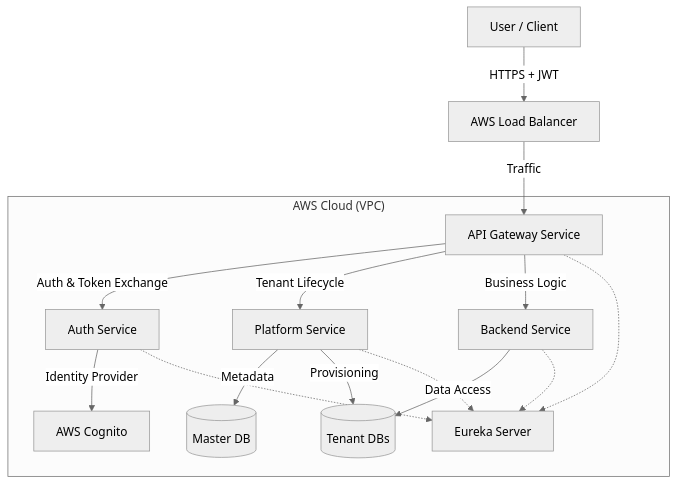
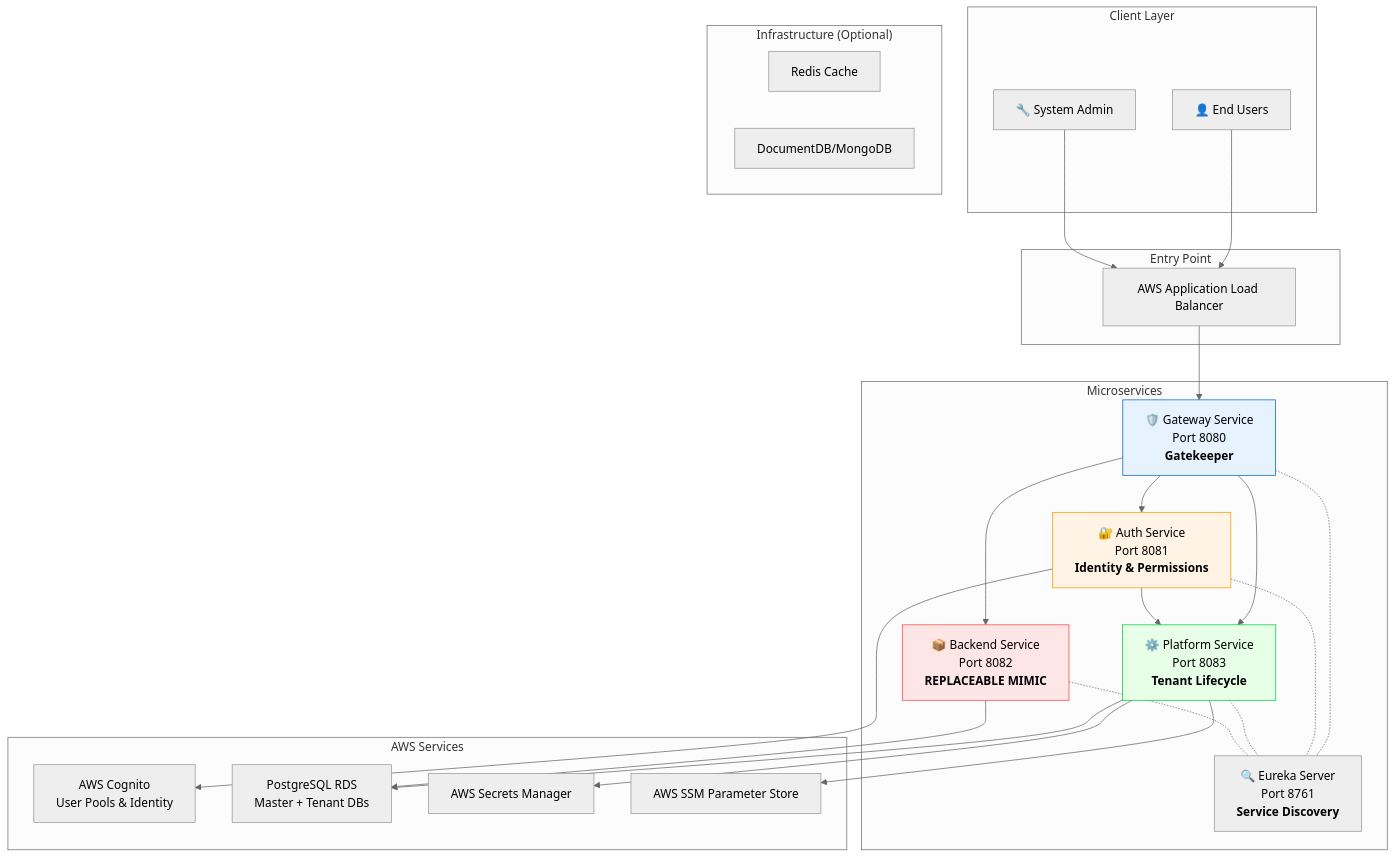
Before and after one commit to pawanraocse/aws-infra: the first of 3 diagrams in HLD.md, drawn with Mermaid (neutral theme). The commit also changed other lines of this file and 5 other files, not shown here.

Commit message:
Added system and unit tests for signup flows; updated SecurityConfiguration for public signup endpoints; enhanced test dependencies and documented multi-tenant architecture in HLD

````diff
--- a/HLD.md
+++ b/HLD.md
@@ -36,23 +23,57 @@
 ```mermaid
-graph TD
-    User[User / Client] -->|HTTPS + JWT| ALB[AWS Load Balancer]
-    ALB -->|Traffic| Gateway[API Gateway Service]
+graph TB
+    subgraph "Client Layer"
+        User[👤 End Users]
+        Admin[🔧 System Admin]
+    end
     
-    subgraph "AWS Cloud (VPC)"
-        Gateway -->|Auth & Token Exchange| Auth[Auth Service]
-        Gateway -->|Tenant Lifecycle| Platform[Platform Service]
-        Gateway -->|Business Logic| Backend[Backend Service]
-        
-        Auth -->|Identity Provider| Cognito[AWS Cognito]
-        
-        Platform -->|Metadata| MasterDB[(Master DB)]
-        Platform -->|Provisioning| TenantDBs[(Tenant DBs)]
-        Backend -->|Data Access| TenantDBs
-        
-        Registry[Eureka Server]
-        Gateway -.-> Registry
-        Auth -.-> Registry
-        Platform -.-> Registry
-        Backend -.-> Registry
+    subgraph "Entry Point"
+        ALB[AWS Application Load Balancer]
     end
+    
+    subgraph "Microservices"
+        Gateway[🛡️ Gateway Service<br/>Port 8080<br/><b>Gatekeeper</b>]
+        Auth[🔐 Auth Service<br/>Port 8081<br/><b>Identity & Permissions</b>]
+        Platform[⚙️ Platform Service<br/>Port 8083<br/><b>Tenant Lifecycle</b>]
+        Backend[📦 Backend Service<br/>Port 8082<br/><b>REPLACEABLE MIMIC</b>]
+        Eureka[🔍 Eureka Server<br/>Port 8761<br/><b>Service Discovery</b>]
+    end
+    
+    subgraph "AWS Services"
+        Cognito[AWS Cognito<br/>User Pools & Identity]
+        RDS[PostgreSQL RDS<br/>Master + Tenant DBs]
+        SecretsManager[AWS Secrets Manager]
+        SSM[AWS SSM Parameter Store]
+    end
+    
+    subgraph "Infrastructure (Optional)"
+        Redis[Redis Cache]
+        DocumentDB[DocumentDB/MongoDB]
+    end
+    
+    User --> ALB
+    Admin --> ALB
+    ALB --> Gateway
+    
+    Gateway --> Auth
+    Gateway --> Platform
+    Gateway --> Backend
+    
+    Gateway -.- Eureka
+    Auth -.- Eureka
+    Platform -.- Eureka
+    Backend -.- Eureka
+    
+    Auth --> Cognito
+    Auth --> Platform
+    Platform --> RDS
+    Backend --> RDS
+    
+    Platform --> SecretsManager
+    Platform --> SSM
+    
+    style Backend fill:#ffe6e6,stroke:#ff4444
+    style Gateway fill:#e6f3ff,stroke:#0066cc
+    style Auth fill:#fff3e6,stroke:#ff9900
+    style Platform fill:#e6ffe6,stroke:#00cc44
 ```
````
